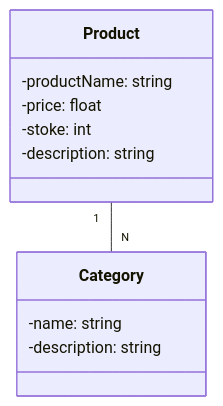
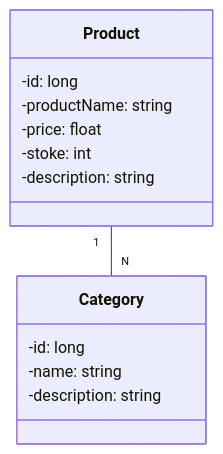
One commit to greglixandrao/desafio-api-spring-railway changed the diagram in README.md. Above: the diagram before and after it, drawn with Mermaid. The commit also changed other lines of this file, not shown here.

````diff
--- a/README.md
+++ b/README.md
@@ -11,16 +11,18 @@
 ```mermaid
 classDiagram
     class Product {
+        -id: long
         -productName: string
         -price: float
         -stoke: int
         -description: string
     }
 
     class Category {
+        -id: long
         -name: string
         -description: string
     }
 
     Product "1" -- "N" Category
 ```
````
